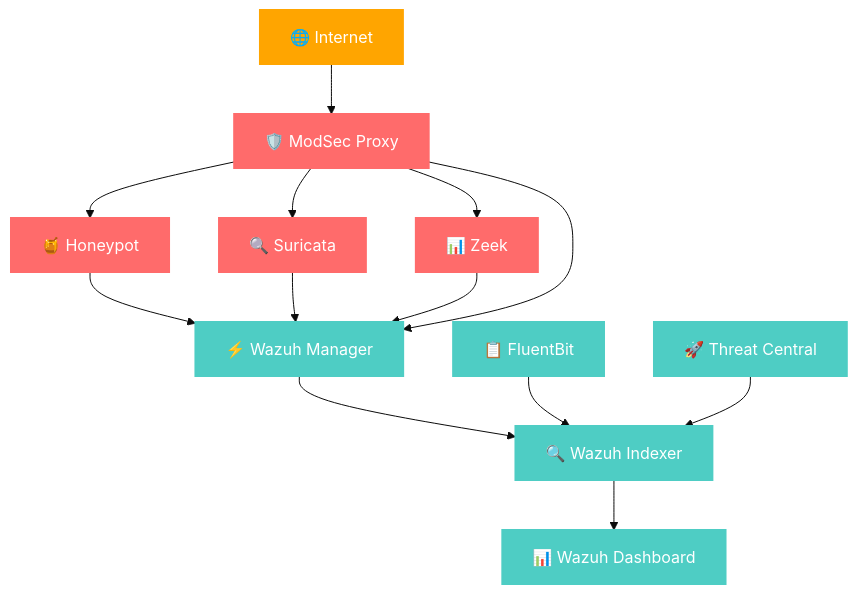
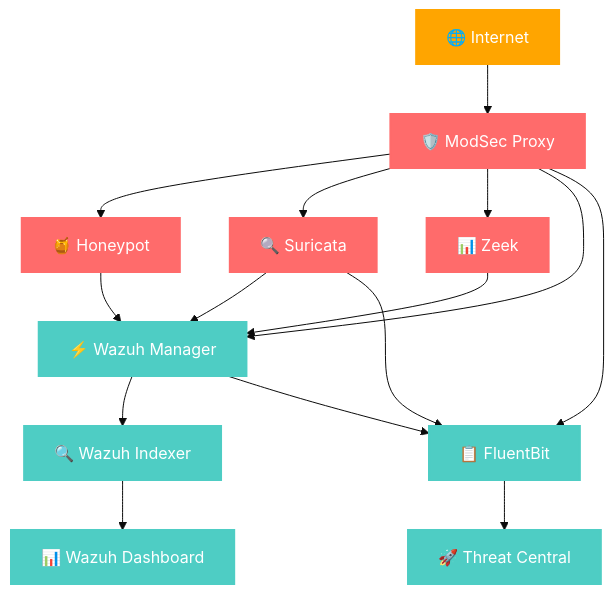
The diagram in README.md (TheRicci/honeypot-lab), drawn with Mermaid (base theme) before and after one commit.

````diff
--- a/README.md
+++ b/README.md
@@ -41,26 +41,29 @@
 ```mermaid
 graph TD
     A[🌐 Internet] --> B[🛡️ ModSec Proxy]
     B --> C[🍯 Honeypot]
     B --> D[🔍 Suricata]
     B --> E[📊 Zeek]
     
     C --> F[⚡ Wazuh Manager]
     D --> F
     E --> F
     B --> F
     
     F --> G[🔍 Wazuh Indexer]
     G --> H[📊 Wazuh Dashboard]
-    
-    I[📋 FluentBit] --> G
-    J[🚀 Threat Central] --> G
+
+    D --> I[📋 FluentBit]
+    B --> I
+    F --> I
+
+    I[📋 FluentBit] --> J[🚀 Threat Central]
     
     classDef honeynet fill:#ff6b6b,stroke:#ff6b6b,stroke-width:2px,color:#fff
     classDef siemnet fill:#4ecdc4,stroke:#4ecdc4,stroke-width:2px,color:#fff
     classDef external fill:#ffa500,stroke:#ffa500,stroke-width:2px,color:#fff
     
     class B,C,D,E honeynet
     class F,G,H,I,J siemnet
     class A external
 ```
````
